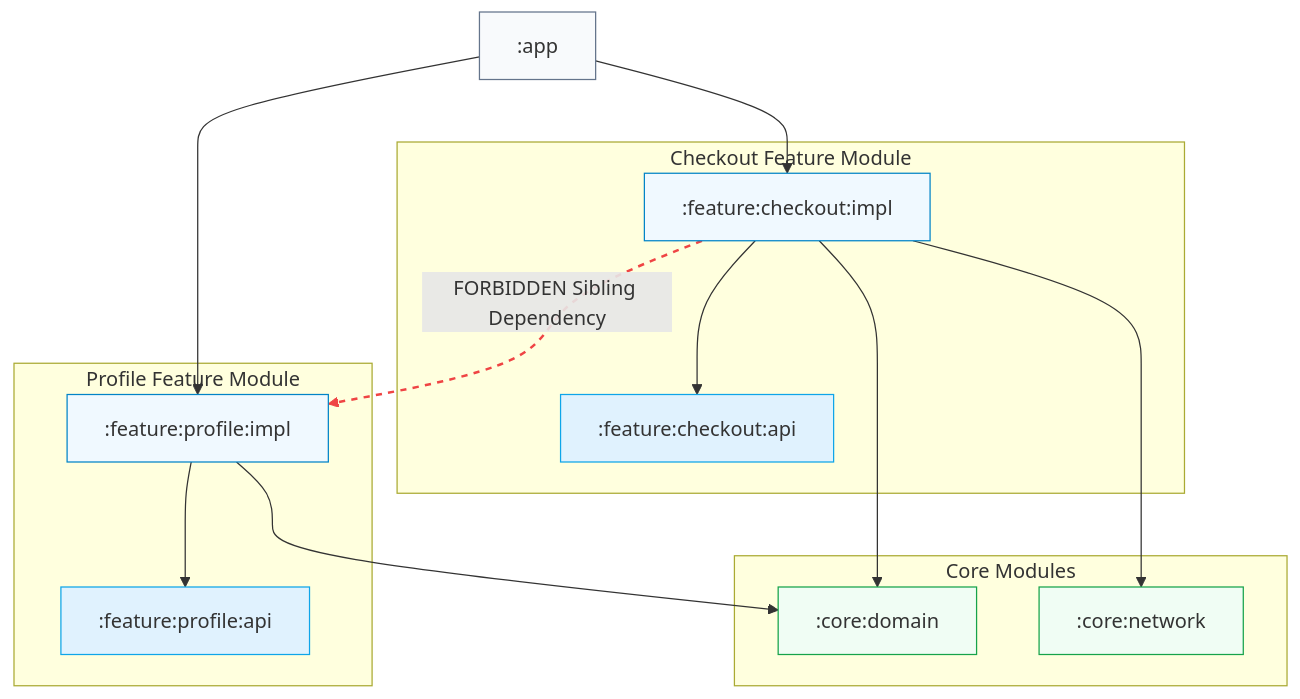
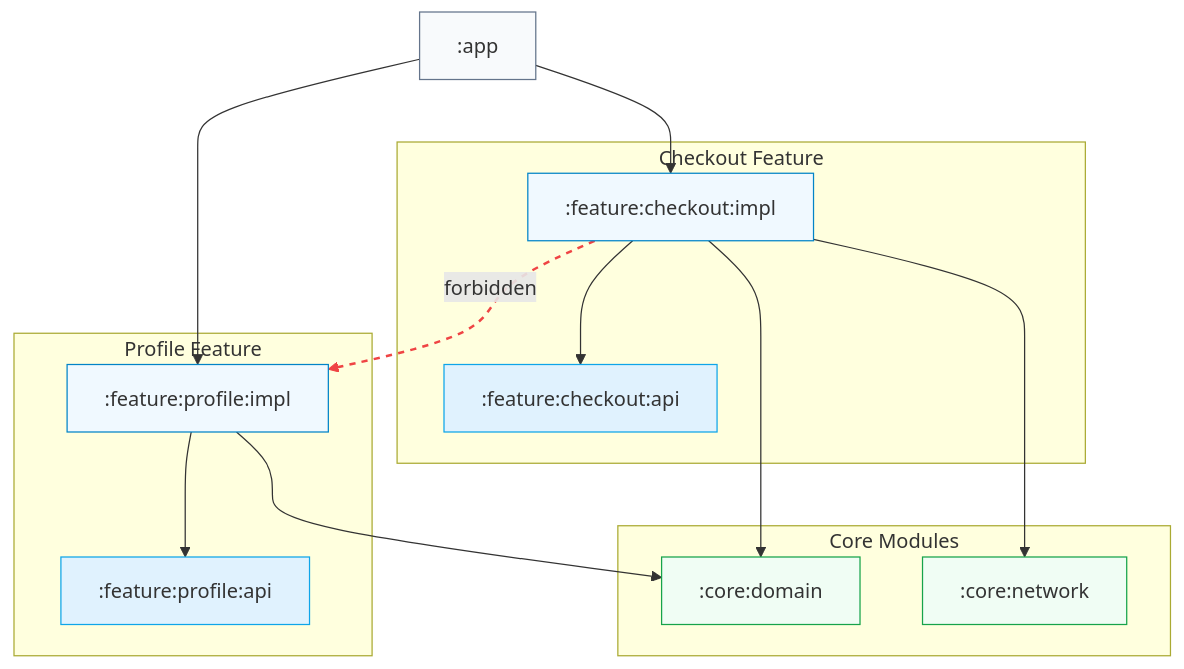
One commit to baole/konture changed the second of 2 diagrams in docs/articles/kotlin-architecture-tests-why-konture-exists.md. Above: the diagram before and after it, drawn with Mermaid. The commit also changed other lines of this file and 2 other files, not shown here.

````diff
--- a/docs/articles/kotlin-architecture-tests-why-konture-exists.md
+++ b/docs/articles/kotlin-architecture-tests-why-konture-exists.md
@@ -306,41 +204,37 @@
 ```mermaid
 flowchart TD
     App[":app"]
-    
-    subgraph CheckoutFeature ["Checkout Feature Module"]
+
+    subgraph CheckoutFeature ["Checkout Feature"]
         CheckoutImpl[":feature:checkout:impl"]
         CheckoutApi[":feature:checkout:api"]
     end
 
-    subgraph ProfileFeature ["Profile Feature Module"]
+    subgraph ProfileFeature ["Profile Feature"]
         ProfileImpl[":feature:profile:impl"]
         ProfileApi[":feature:profile:api"]
     end
 
     subgraph Core ["Core Modules"]
         Domain[":core:domain"]
         Network[":core:network"]
     end
 
     App --> CheckoutImpl
     App --> ProfileImpl
-
     CheckoutImpl --> CheckoutApi
     CheckoutImpl --> Domain
     CheckoutImpl --> Network
-
     ProfileImpl --> ProfileApi
     ProfileImpl --> Domain
-
-    CheckoutImpl -.->|FORBIDDEN Sibling Dependency| ProfileImpl
+    CheckoutImpl -.->|"forbidden"| ProfileImpl
 
     style App fill:#f8fafc,stroke:#64748b,stroke-width:1px
     style CheckoutImpl fill:#f0f9ff,stroke:#0284c7,stroke-width:1px
     style CheckoutApi fill:#e0f2fe,stroke:#0ea5e9,stroke-width:1px
     style ProfileImpl fill:#f0f9ff,stroke:#0284c7,stroke-width:1px
     style ProfileApi fill:#e0f2fe,stroke:#0ea5e9,stroke-width:1px
     style Domain fill:#f0fdf4,stroke:#16a34a,stroke-width:1px
     style Network fill:#f0fdf4,stroke:#16a34a,stroke-width:1px
-    
     linkStyle 7 stroke:#ef4444,stroke-width:2px,stroke-dasharray: 5 5;
 ```
````
